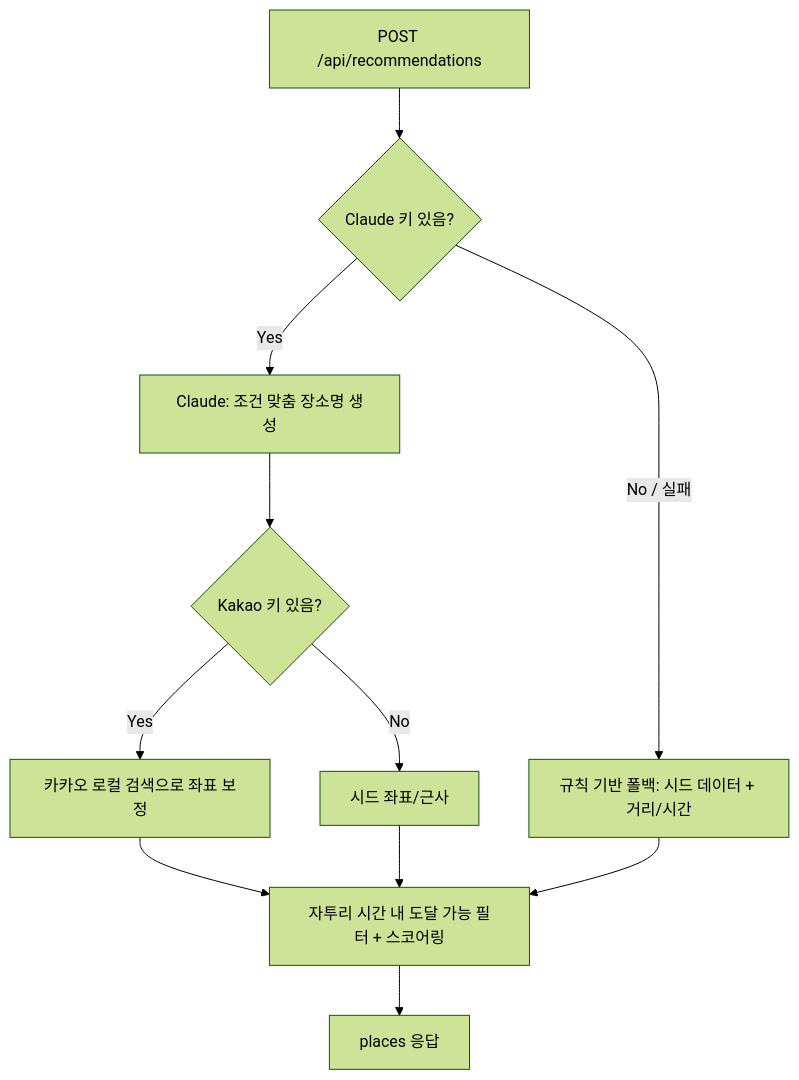
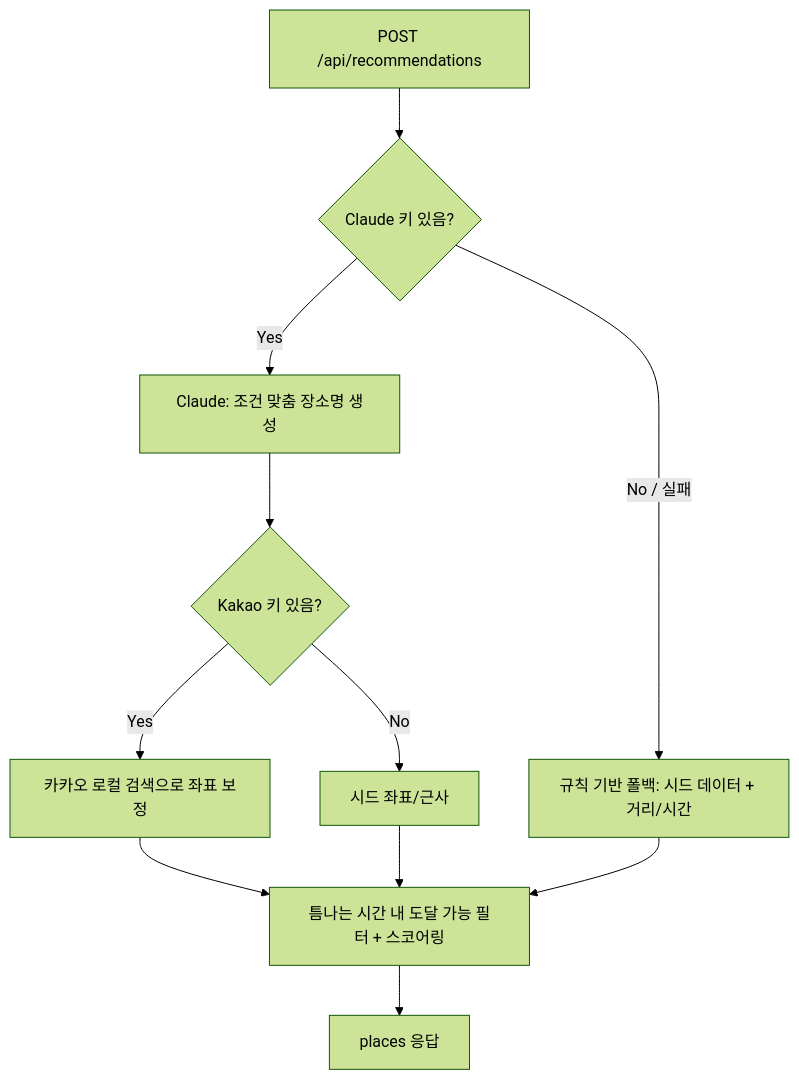
One commit to PanzerkampfwagenV/jiranthon2026_lunchtime changed the diagram in backend/README.md. Above: the diagram before and after it, drawn with Mermaid (forest theme). The commit also changed other lines of this file and 22 other files, not shown here.

Commit message:
[docs/app] '자투리 시간' 문구를 '틈나는 시간'으로 통일 - 문서/코드/테스트 전반의 '자투리 시간' 표기를 '틈나는 시간'으로 일괄 변경 - 프론트 UI 해시태그 한국어 라벨 '자투리' → '틈나는'

````diff
--- a/backend/README.md
+++ b/backend/README.md
@@ -37,13 +37,13 @@
 ```mermaid
 flowchart TD
     Req[POST /api/recommendations] --> Check{Claude 키 있음?}
     Check -->|Yes| LLM[Claude: 조건 맞춤 장소명 생성]
     LLM --> Kakao{Kakao 키 있음?}
     Kakao -->|Yes| Coord[카카오 로컬 검색으로 좌표 보정]
     Kakao -->|No| Seed1[시드 좌표/근사]
-    Coord --> Filter[자투리 시간 내 도달 가능 필터 + 스코어링]
+    Coord --> Filter[틈나는 시간 내 도달 가능 필터 + 스코어링]
     Seed1 --> Filter
     Check -->|No / 실패| Rule[규칙 기반 폴백: 시드 데이터 + 거리/시간]
     Rule --> Filter
     Filter --> Resp[places 응답]
 ```
````
